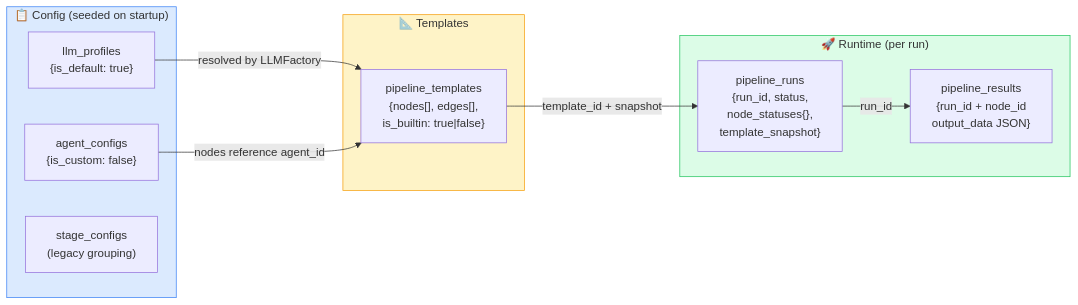
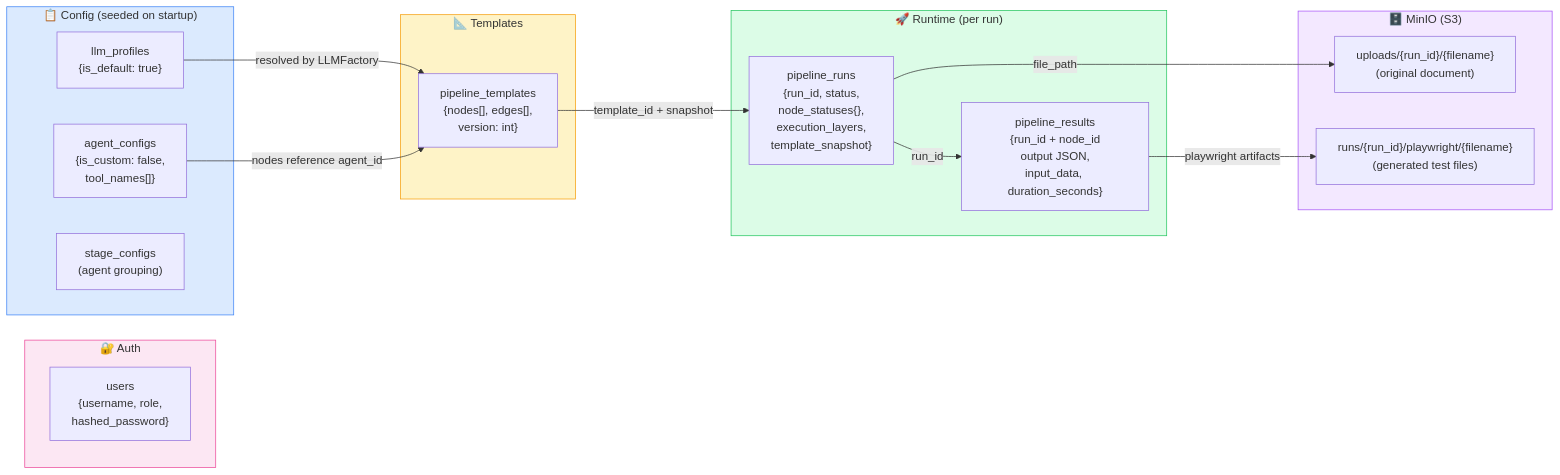
The second of 3 diagrams in docs/data-models.md (HenSanInDuty/agent-automation-testing), drawn with Mermaid before and after one commit. The commit also changed other lines of this file and 6 other files, not shown here.

First line of the commit message:
docs: update all docs to reflect JWT auth, MinIO storage, ToolRegistry, RBAC

````diff
--- a/docs/data-models.md
+++ b/docs/data-models.md
@@ -133,26 +160,39 @@
 ```mermaid
 flowchart LR
+    subgraph Auth["🔐 Auth"]
+        USR["users\n{username, role,\nhashed_password}"]
+    end
+
     subgraph Config["📋 Config (seeded on startup)"]
         LLP["llm_profiles\n{is_default: true}"]
-        ACP["agent_configs\n{is_custom: false}"]
-        SCP["stage_configs\n(legacy grouping)"]
+        ACP["agent_configs\n{is_custom: false,\ntool_names[]}"]
+        SCP["stage_configs\n(agent grouping)"]
     end
 
     subgraph Templates["📐 Templates"]
-        PT["pipeline_templates\n{nodes[], edges[],\nis_builtin: true|false}"]
+        PT["pipeline_templates\n{nodes[], edges[],\nversion: int}"]
     end
 
     subgraph Runtime["🚀 Runtime (per run)"]
-        PR["pipeline_runs\n{run_id, status,\nnode_statuses{},\ntemplate_snapshot}"]
-        RES["pipeline_results\n{run_id + node_id\noutput_data JSON}"]
+        PR["pipeline_runs\n{run_id, status,\nnode_statuses{},\nexecution_layers,\ntemplate_snapshot}"]
+        RES["pipeline_results\n{run_id + node_id\noutput JSON,\ninput_data, duration_seconds}"]
+    end
+
+    subgraph MinIO["🗄️ MinIO (S3)"]
+        UP["uploads/{run_id}/{filename}\n(original document)"]
+        PW["runs/{run_id}/playwright/{filename}\n(generated test files)"]
     end
 
     LLP -->|"resolved by LLMFactory"| PT
     ACP -->|"nodes reference agent_id"| PT
     PT -->|"template_id + snapshot"| PR
     PR -->|"run_id"| RES
+    PR -->|"file_path"| UP
+    RES -->|"playwright artifacts"| PW
 
+    style Auth fill:#fce7f3,stroke:#ec4899
     style Config fill:#dbeafe,stroke:#3b82f6
     style Templates fill:#fef3c7,stroke:#f59e0b
     style Runtime fill:#dcfce7,stroke:#22c55e
+    style MinIO fill:#f3e8ff,stroke:#a855f7
 ```
````
